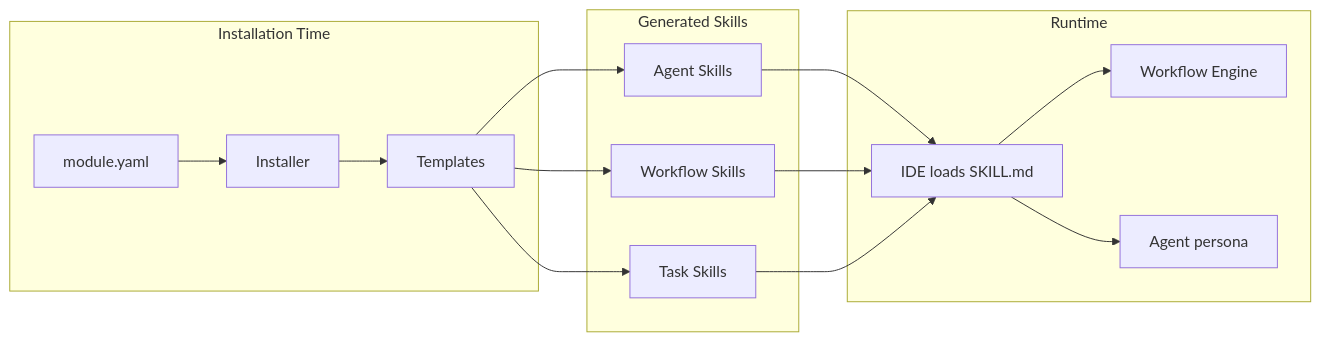
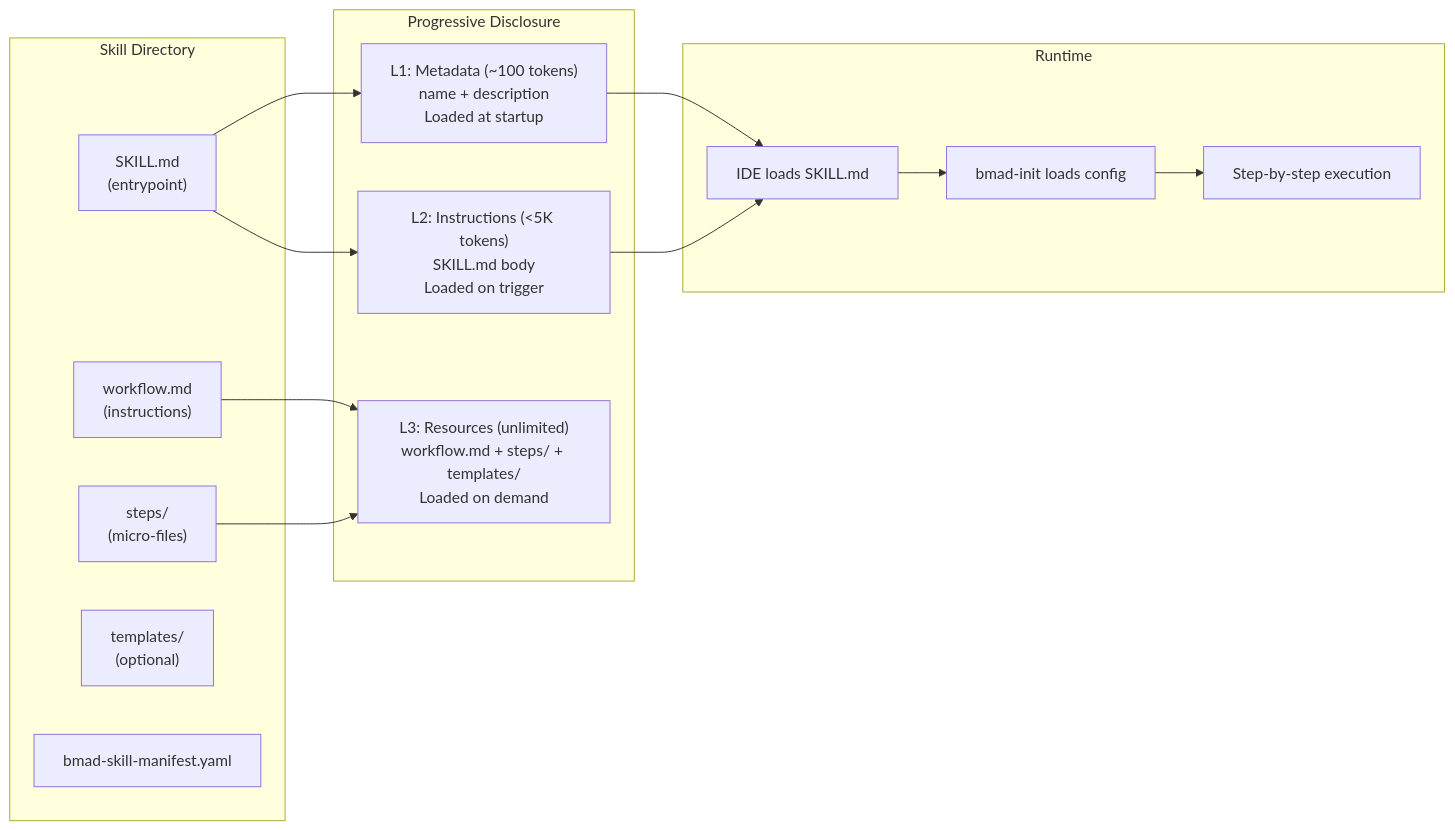
The sixth of 10 diagrams in vn/bmad-method/1. Architecture and Logic.md (thientranhung/agentic-coding-lab), drawn with Mermaid before and after one commit. The commit also changed other lines of this file and 14 other files, not shown here.

````diff
--- a/vn/bmad-method/1. Architecture and Logic.md
+++ b/vn/bmad-method/1. Architecture and Logic.md
@@ -251,31 +300,31 @@
 ```mermaid
 graph LR
-    subgraph Install["Installation Time"]
-        MY["module.yaml"]
-        INS["Installer"]
-        TPL["Templates"]
+    subgraph SkillDir["Skill Directory"]
+        SKILL["SKILL.md<br/>(entrypoint)"]
+        WF["workflow.md<br/>(instructions)"]
+        STEPS["steps/<br/>(micro-files)"]
+        TPL["templates/<br/>(optional)"]
+        MF["bmad-skill-manifest.yaml"]
     end
 
-    subgraph Generate["Generated Skills"]
-        AS["Agent Skills"]
-        WS["Workflow Skills"]
-        TS["Task Skills"]
+    subgraph Progressive["Progressive Disclosure"]
+        L1["L1: Metadata (~100 tokens)<br/>name + description<br/>Loaded at startup"]
+        L2["L2: Instructions (<5K tokens)<br/>SKILL.md body<br/>Loaded on trigger"]
+        L3["L3: Resources (unlimited)<br/>workflow.md + steps/ + templates/<br/>Loaded on demand"]
     end
 
     subgraph Runtime["Runtime"]
         IDE["IDE loads SKILL.md"]
-        WE["Workflow Engine"]
-        AG["Agent persona"]
+        INIT["bmad-init loads config"]
+        EXEC["Step-by-step execution"]
     end
 
-    MY --> INS
-    INS --> TPL
-    TPL --> AS
-    TPL --> WS
-    TPL --> TS
-    AS --> IDE
-    WS --> IDE
-    TS --> IDE
-    IDE --> WE
-    IDE --> AG
+    SKILL --> L1
+    SKILL --> L2
+    WF --> L3
+    STEPS --> L3
+    L1 --> IDE
+    L2 --> IDE
+    IDE --> INIT
+    INIT --> EXEC
 ```
````
